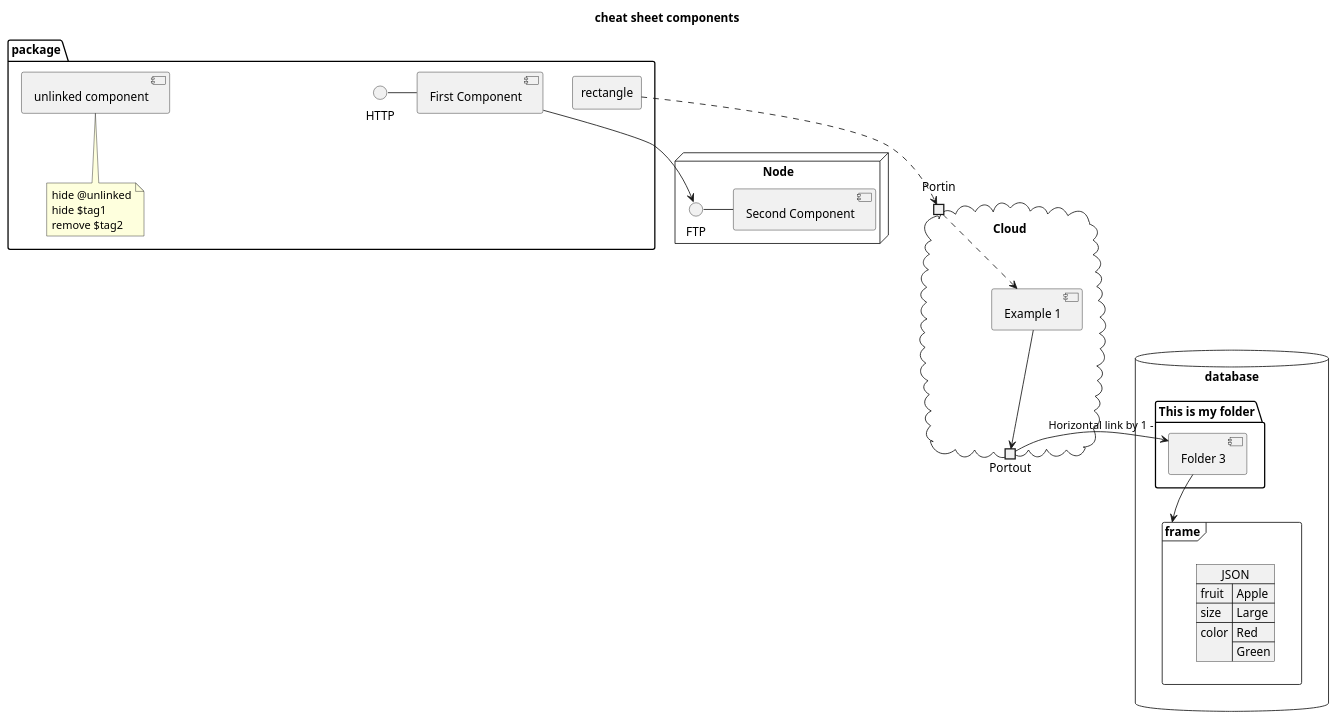
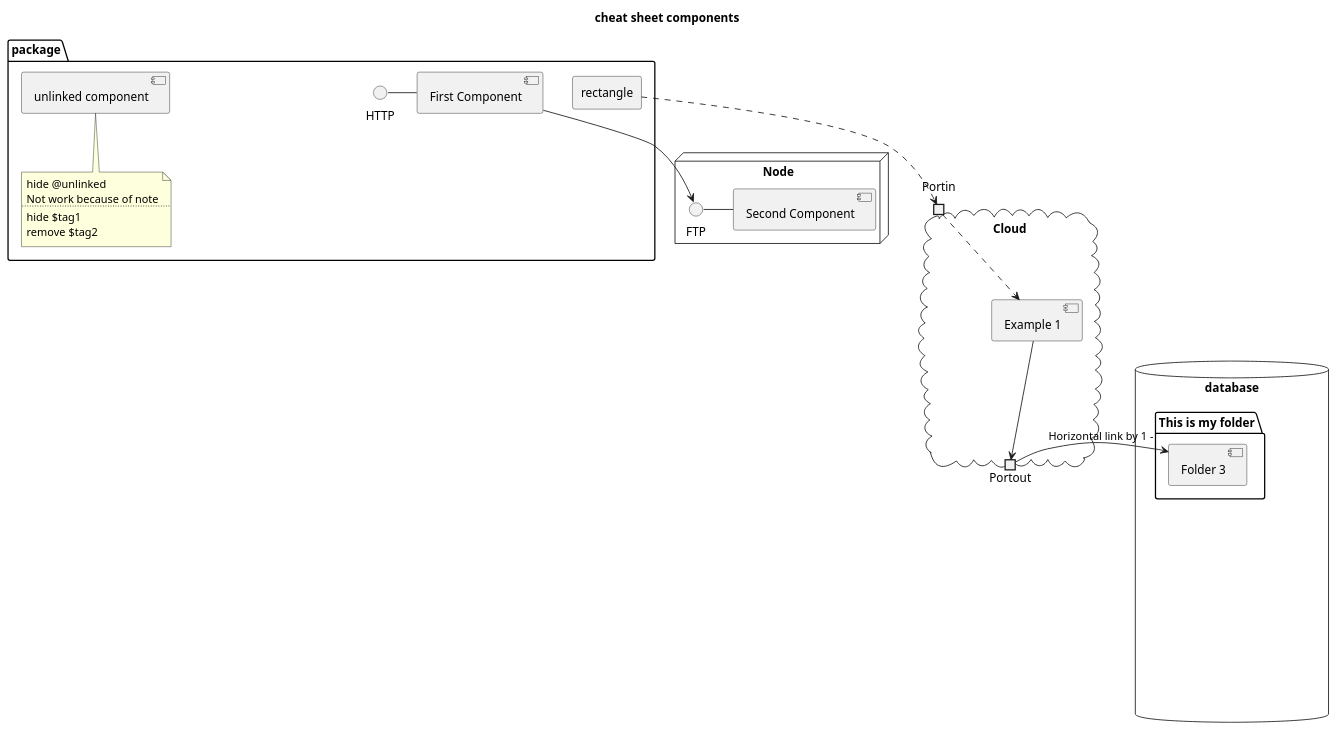
The diagram in plantuml/spreed-sheet/components.puml (tfedorov/scala-save), drawn with PlantUML before and after one commit. The commit also changed 1 other file, not shown here.

```diff
--- a/plantuml/spreed-sheet/components.puml
+++ b/plantuml/spreed-sheet/components.puml
@@ -1,56 +1,58 @@
 @startuml
 
 title cheat sheet components
 
 package "package" {
   HTTP - [First Component]
   rectangle "rectangle" as 2ndComponent
   [Tagged Component] $tag1
   hide $tag1
 
   [Tagged Removed Component] $tag2
   remove $tag2
   [Tagged Removed Component] -- [Tagged Component]
   [unlinked component]
- note bottom of [unlinked component]
+ note bottom of [unlinked component] $note
 hide @unlinked
+Not work because of note
+....
 hide $tag1
 remove $tag2
  end note
 }
-
-node "Node" {
+hide @unlinked
+node "Node" $node {
   FTP - [Second Component]
   component "First Component"
 
 }
 
 cloud Cloud{
    portin Portin as port1
   [Example 1]
   portout Portout as port2
 }
 
 
 database "database" {
   folder "This is my folder" {
     [Folder 3]
   }
   frame "frame" {
      json JSON {
         "fruit":"Apple",
         "size":"Large",
         "color": ["Red", "Green"]
      }
   }
 }
 
 
 [First Component] --> FTP
 2ndComponent ..> port1
 port1 ..>   [Example 1]
 [Example 1] --> port2
 port2 -> [Folder 3] : Horizontal link by 1 -
 [Folder 3] --> [frame]
 
 @enduml
```
